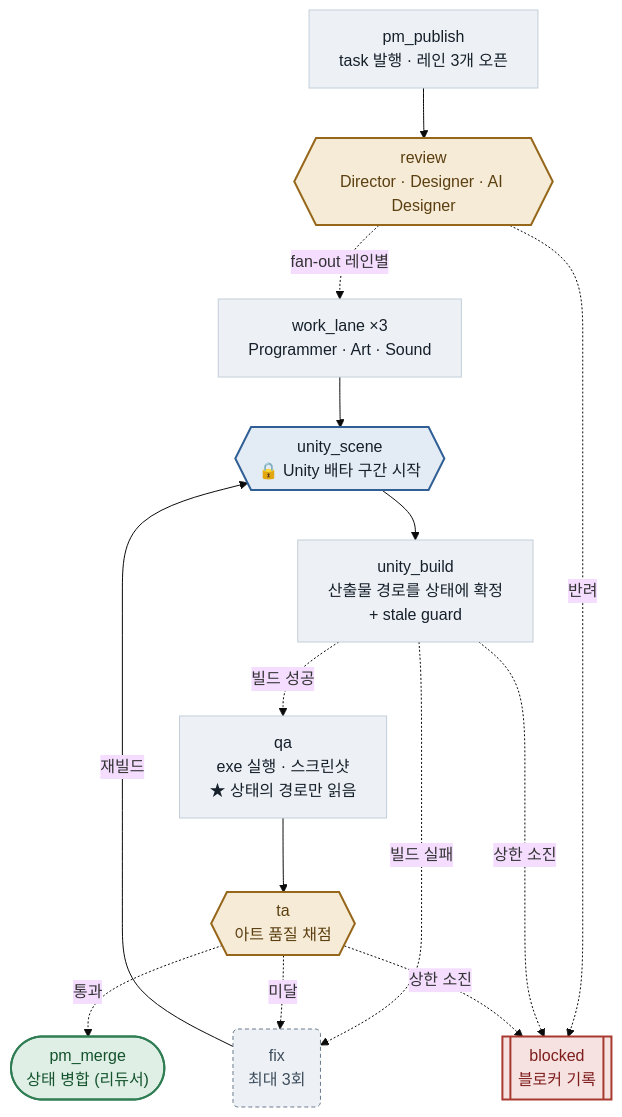
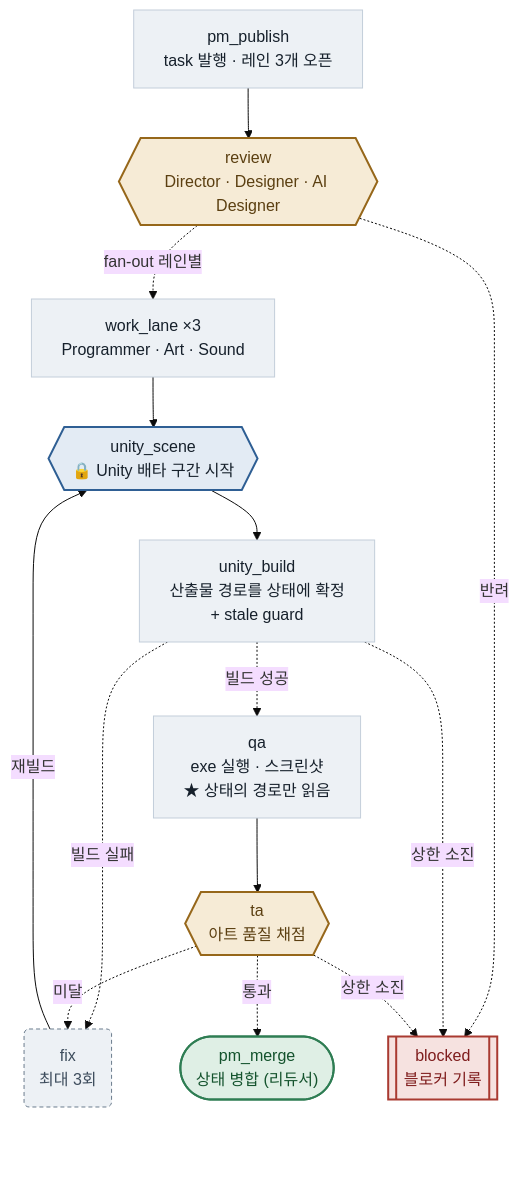
The second of 2 diagrams in graph/README.md (MelonS/MelonS-Agents), drawn with Mermaid (base theme) before and after one commit. The commit also changed other lines of this file and 3 other files, not shown here.

First line of the commit message:
fix(readme): 구조도 하단에 보이지 않는 여백 — GitHub 확대 컨트롤과 겹침 해소

````diff
--- a/graph/README.md
+++ b/graph/README.md
@@ -112,41 +117,46 @@
 ```mermaid
 flowchart TD
   pm_publish["pm_publish<br/>task 발행 · 레인 3개 오픈"]
   review{{"review<br/>Director · Designer · AI Designer"}}
   work_lane["work_lane ×3<br/>Programmer · Art · Sound"]
   unity_scene{{"unity_scene<br/>🔒 Unity 배타 구간 시작"}}
   unity_build["unity_build<br/>산출물 경로를 상태에 확정<br/>+ stale guard"]
   qa["qa<br/>exe 실행 · 스크린샷<br/>★ 상태의 경로만 읽음"]
   ta{{"ta<br/>아트 품질 채점"}}
   fix("fix<br/>최대 3회")
   pm_merge(["pm_merge<br/>상태 병합 (리듀서)"])
   blocked[["blocked<br/>블로커 기록"]]
 
   pm_publish --> review
   review -. "fan-out 레인별" .-> work_lane
   review -. "반려" .-> blocked
   work_lane --> unity_scene
   unity_scene --> unity_build
   unity_build -. "빌드 성공" .-> qa
   unity_build -. "빌드 실패" .-> fix
   unity_build -. "상한 소진" .-> blocked
   qa --> ta
   ta -. "미달" .-> fix
   ta -. "통과" .-> pm_merge
   ta -. "상한 소진" .-> blocked
   fix -- "재빌드" --> unity_scene
+  ctrl_gap[" "]
+  blocked ~~~ ctrl_gap
+  pm_merge ~~~ ctrl_gap
 
   classDef step fill:#EDF1F5,stroke:#C3CEDA,stroke-width:1px,color:#16202B
   classDef gate fill:#F6EBD6,stroke:#96671A,stroke-width:2px,color:#5B3F11
   classDef mutex fill:#E3EBF4,stroke:#2F5F94,stroke-width:2px,color:#16202B
   classDef human fill:#E3EBF4,stroke:#2F5F94,stroke-width:2px,color:#16202B
   classDef retry fill:#EDF1F5,stroke:#6B7C8D,stroke-width:1px,stroke-dasharray:4 3,color:#3D4C5C
   classDef done fill:#DFEFE5,stroke:#2E7D53,stroke-width:2px,color:#14532D
   classDef stop fill:#F6E2E0,stroke:#A93A31,stroke-width:2px,color:#7F1D1D
   class pm_publish,qa,unity_build,work_lane step
   class review,ta gate
   class unity_scene mutex
   class fix retry
   class pm_merge done
   class blocked stop
+  classDef gap fill:none,stroke:none,color:#00000000
+  class ctrl_gap gap
 ```
````
